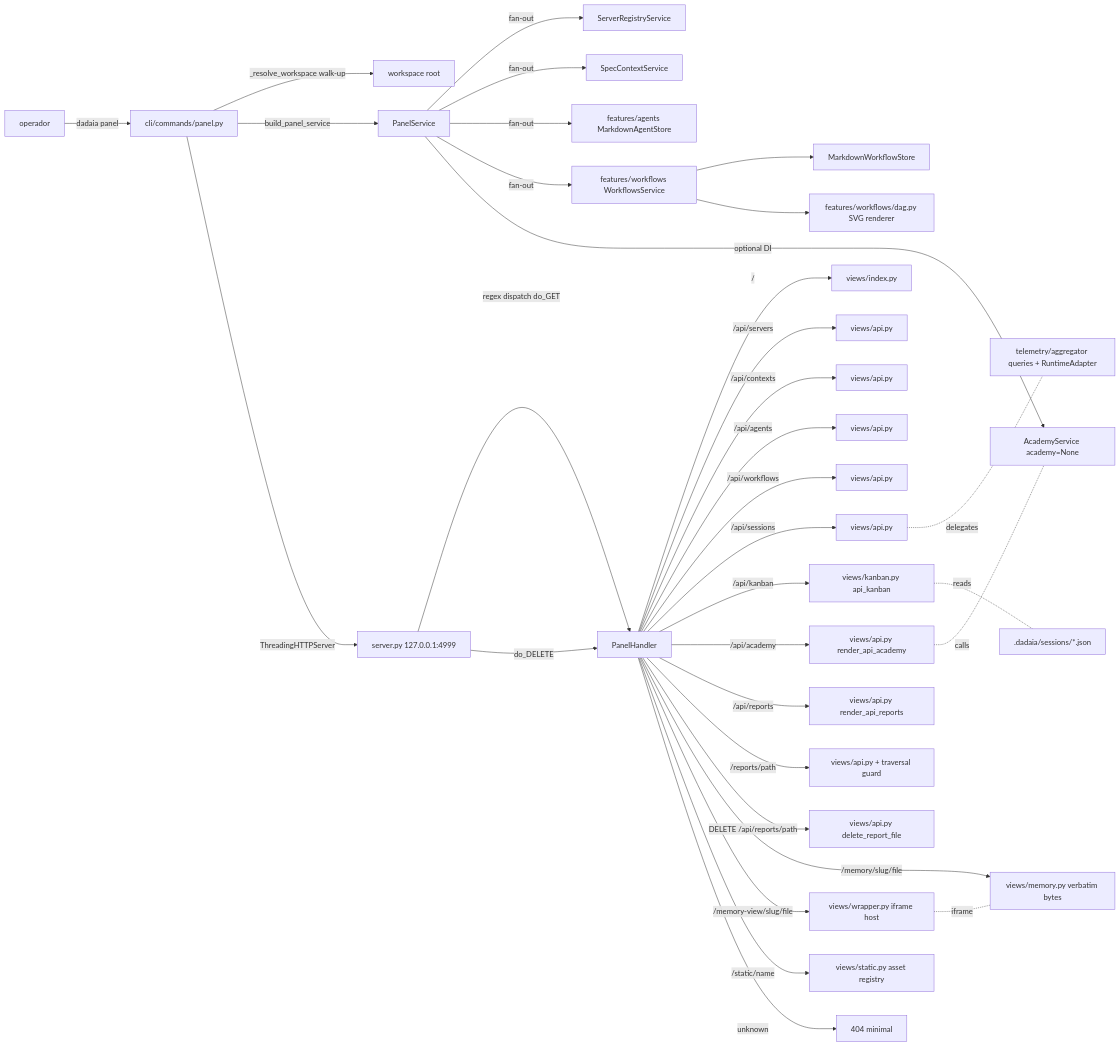
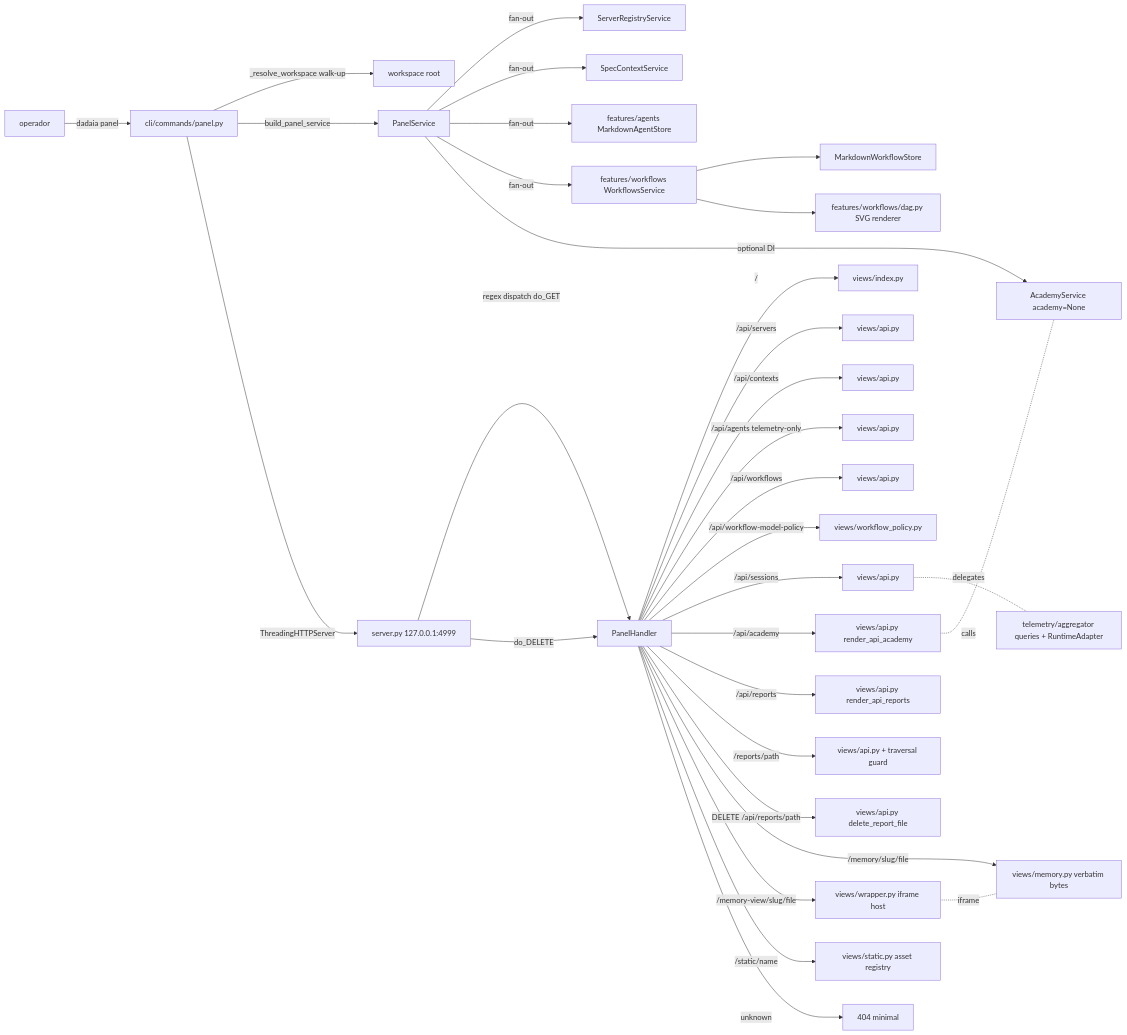
Before and after one commit to marcoaureliomenezes/dadaia-workspace: the diagram in specs/memory/product/panel/panel.md, drawn with Mermaid. The commit also changed other lines of this file and 9 other files, not shown here.

````diff
--- a/specs/memory/product/panel/panel.md
+++ b/specs/memory/product/panel/panel.md
@@ -57,35 +60,34 @@
 ```mermaid
 flowchart LR
     OP[operador] -->|dadaia panel| CLI[cli/commands/panel.py]
     CLI -->|_resolve_workspace walk-up| WR[workspace root]
     CLI -->|build_panel_service| SVC[PanelService]
     SVC -->|fan-out| SRS[ServerRegistryService]
     SVC -->|fan-out| SCS[SpecContextService]
     SVC -->|fan-out| AGS[features/agents MarkdownAgentStore]
     SVC -->|fan-out| WFS[features/workflows WorkflowsService]
     SVC -->|optional DI| ACS[AcademyService academy=None]
     WFS --> WS[MarkdownWorkflowStore]
     WFS --> DAG[features/workflows/dag.py SVG renderer]
     CLI -->|ThreadingHTTPServer| SRV[server.py 127.0.0.1:4999]
     SRV -->|regex dispatch do_GET| H[PanelHandler]
     SRV -->|do_DELETE| H
     H -->|/| IDX[views/index.py]
     H -->|/api/servers| API1[views/api.py]
     H -->|/api/contexts| API2[views/api.py]
-    H -->|/api/agents| API3[views/api.py]
+    H -->|/api/agents telemetry-only| API3[views/api.py]
     H -->|/api/workflows| API5[views/api.py]
+    H -->|/api/workflow-model-policy| WFP[views/workflow_policy.py]
     H -->|/api/sessions| API7[views/api.py]
-    H -->|/api/kanban| KAN[views/kanban.py api_kanban]
-    KAN -.reads.- SESSF[.dadaia/sessions/*.json]
     H -->|/api/academy| ACAD[views/api.py render_api_academy]
     H -->|/api/reports| REP[views/api.py render_api_reports]
     H -->|/reports/path| REPS[views/api.py + traversal guard]
     H -->|DELETE /api/reports/path| REPD[views/api.py delete_report_file]
     API7 -.delegates.- AGG[telemetry/aggregator queries + RuntimeAdapter]
     H -->|/memory/slug/file| MEM[views/memory.py verbatim bytes]
     H -->|/memory-view/slug/file| WRAP[views/wrapper.py iframe host]
     H -->|/static/name| ST[views/static.py asset registry]
     H -->|unknown| F404[404 minimal]
     WRAP -.iframe.- MEM
     ACAD -.calls.- ACS
 ```
````
